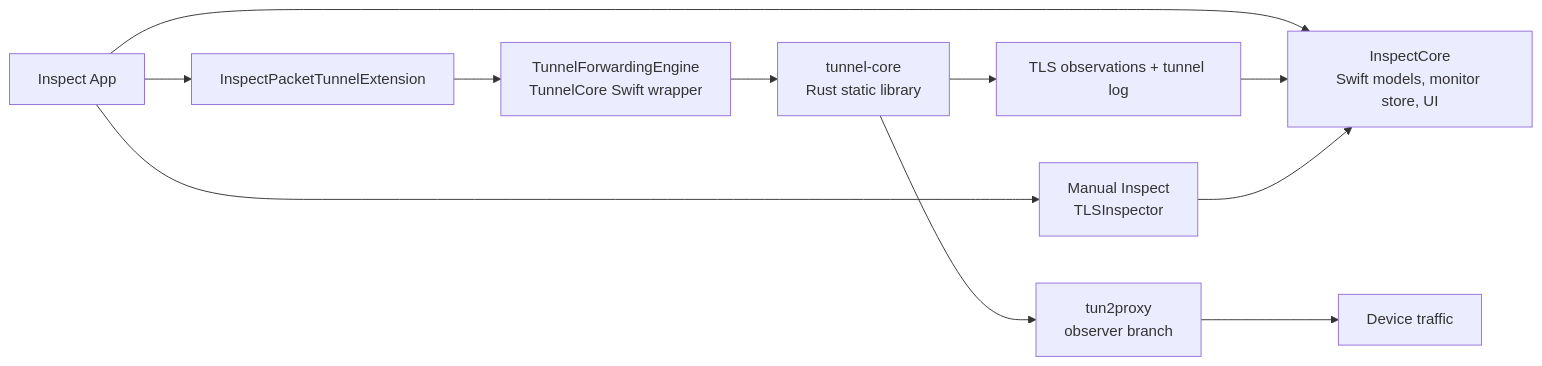
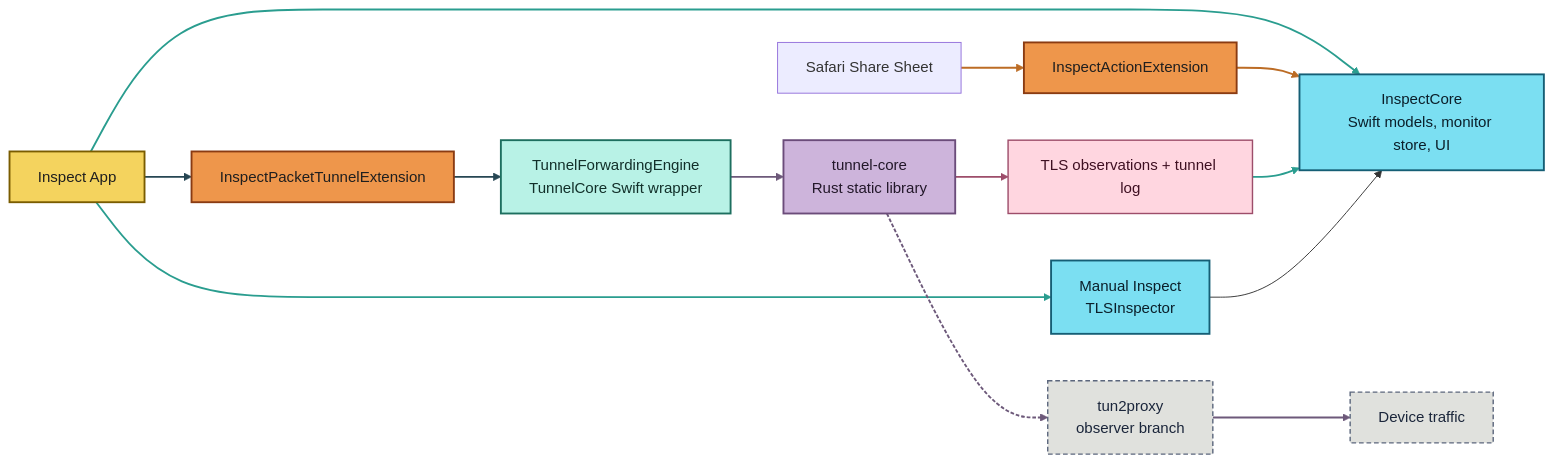
The diagram in README.md (hewigovens/inspect), drawn with Mermaid before and after one commit. The commit also changed other lines of this file and 1 other file, not shown here.

````diff
--- a/README.md
+++ b/README.md
@@ -17,13 +30,43 @@
 ```mermaid
 flowchart LR
+    classDef app fill:#f4d35e,stroke:#7a5c00,color:#1f1f1f,stroke-width:2px;
+    classDef extension fill:#ee964b,stroke:#8a3b12,color:#1f1f1f,stroke-width:2px;
+    classDef shared fill:#7bdff2,stroke:#155e75,color:#0b1f2a,stroke-width:2px;
+    classDef tunnel fill:#b8f2e6,stroke:#1d6f5f,color:#12302a,stroke-width:2px;
+    classDef rust fill:#cdb4db,stroke:#6b4c7a,color:#23182a,stroke-width:2px;
+    classDef external fill:#e0e1dd,stroke:#5c677d,color:#1b263b,stroke-width:1.5px,stroke-dasharray: 5 3;
+    classDef data fill:#ffd6e0,stroke:#9d4d6a,color:#3f1022,stroke-width:1.5px;
+
     A["Inspect App"] --> B["InspectCore<br/>Swift models, monitor store, UI"]
     A --> C["Manual Inspect<br/>TLSInspector"]
     A --> D["InspectPacketTunnelExtension"]
+    S["Safari Share Sheet"] --> X["InspectActionExtension"]
+    X --> B
     D --> E["TunnelForwardingEngine<br/>TunnelCore Swift wrapper"]
     E --> F["tunnel-core<br/>Rust static library"]
     F --> G["tun2proxy<br/>observer branch"]
     G --> H["Device traffic"]
     F --> I["TLS observations + tunnel log"]
     I --> B
     C --> B
+
+    class A app;
+    class X,D extension;
+    class B,C shared;
+    class E tunnel;
+    class F rust;
+    class G,H external;
+    class I data;
+
+    linkStyle 0 stroke:#2a9d8f,stroke-width:2px;
+    linkStyle 1 stroke:#2a9d8f,stroke-width:2px;
+    linkStyle 2 stroke:#264653,stroke-width:2px;
+    linkStyle 3 stroke:#bc6c25,stroke-width:2px;
+    linkStyle 4 stroke:#bc6c25,stroke-width:2px;
+    linkStyle 5 stroke:#264653,stroke-width:2px;
+    linkStyle 6 stroke:#6d597a,stroke-width:2px;
+    linkStyle 7 stroke:#6d597a,stroke-width:2px,stroke-dasharray: 4 2;
+    linkStyle 8 stroke:#6d597a,stroke-width:2px;
+    linkStyle 9 stroke:#9d4d6a,stroke-width:2px;
+    linkStyle 10 stroke:#2a9d8f,stroke-width:2px;
 ```
````
